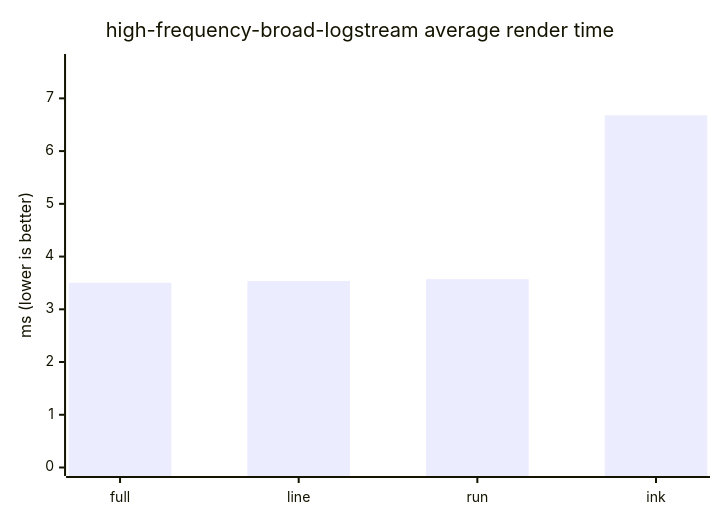
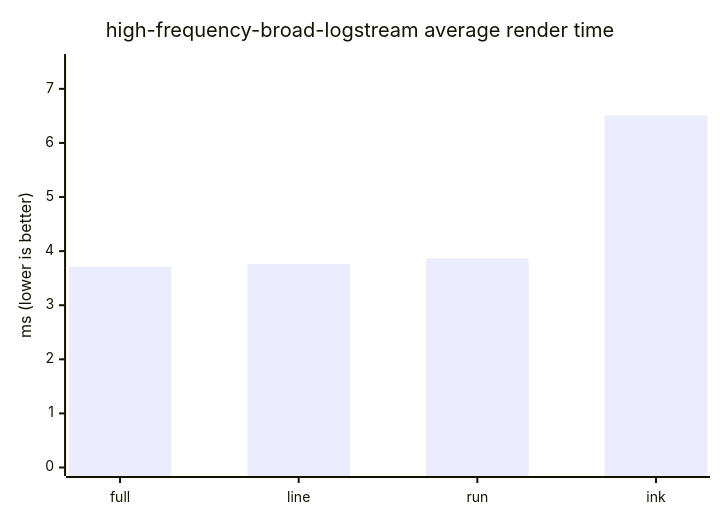
The seventh of 10 diagrams in docs/benchmark.md (ByteLandTechnology/tinky), drawn with Mermaid before and after one commit. The commit also changed other lines of this file and 1 other file, not shown here.

````diff
--- a/docs/benchmark.md
+++ b/docs/benchmark.md
@@ -133,7 +133,7 @@
 ```mermaid
 xychart-beta
     title "high-frequency-broad-logstream average render time"
     x-axis ["full", "line", "run", "ink"]
-    y-axis "ms (lower is better)" 0 --> 7.68
-    bar [3.503, 3.537, 3.572, 6.678]
+    y-axis "ms (lower is better)" 0 --> 7.487
+    bar [3.711, 3.762, 3.867, 6.51]
 ```
````
